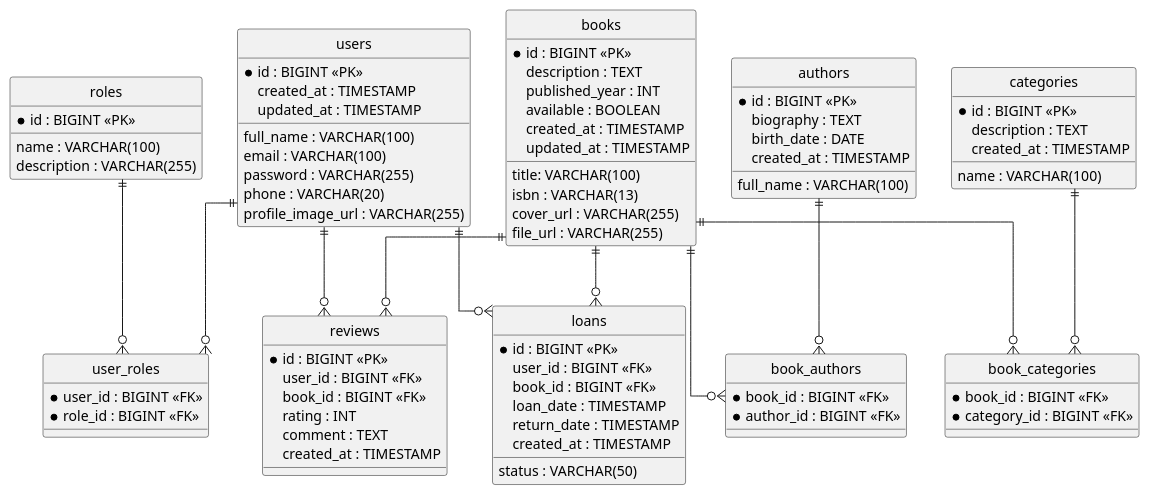
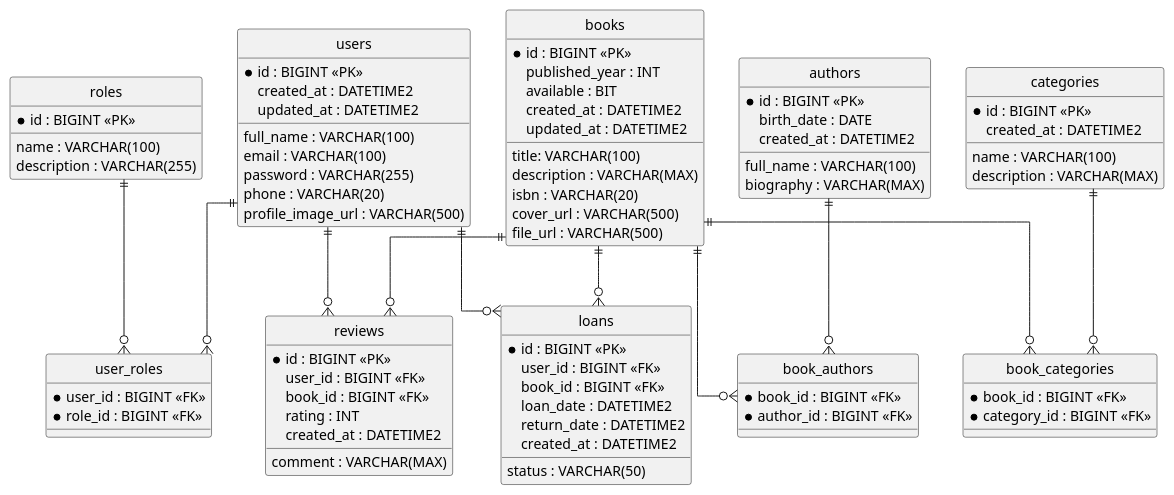
The diagram in MER.puml (tadeo77789/biblioteca), drawn with PlantUML before and after one commit.

Commit message:
fix:small changes on the mer

```diff
--- a/MER.puml
+++ b/MER.puml
@@ -1,110 +1,110 @@
 @startuml MER_Biblioteca
 
 hide circle
 skinparam linetype ortho
 
 entity users {
 
   * id : BIGINT <<PK>>
   full_name : VARCHAR(100)
   email : VARCHAR(100)
   password : VARCHAR(255)
   phone : VARCHAR(20)
-  profile_image_url : VARCHAR(255)
-  created_at : TIMESTAMP
-  updated_at : TIMESTAMP
+  profile_image_url : VARCHAR(500)
+  created_at : DATETIME2
+  updated_at : DATETIME2
 }
 
 entity roles {
 
   * id : BIGINT <<PK>>
   name : VARCHAR(100)
   description : VARCHAR(255)
 }
 
 entity user_roles {
 
   * user_id : BIGINT <<FK>>
   * role_id : BIGINT <<FK>>
 }
 
 entity books {
 
   * id : BIGINT <<PK>>
   title: VARCHAR(100)
-  description : TEXT
-  isbn : VARCHAR(13)
-  cover_url : VARCHAR(255)
-  file_url : VARCHAR(255)
+  description : VARCHAR(MAX)
+  isbn : VARCHAR(20)
+  cover_url : VARCHAR(500)
+  file_url : VARCHAR(500)
   published_year : INT
-  available : BOOLEAN
-  created_at : TIMESTAMP
-  updated_at : TIMESTAMP
+  available : BIT
+  created_at : DATETIME2
+  updated_at : DATETIME2
 }
 
 entity authors {
 
   * id : BIGINT <<PK>>
   full_name : VARCHAR(100)
-  biography : TEXT
+  biography : VARCHAR(MAX)
   birth_date : DATE
-  created_at : TIMESTAMP
+  created_at : DATETIME2
 }
 
 entity categories {
 
   * id : BIGINT <<PK>>
   name : VARCHAR(100)
-  description : TEXT
-  created_at : TIMESTAMP
+  description : VARCHAR(MAX)
+  created_at : DATETIME2
 }
 
 entity book_authors {
 
   * book_id : BIGINT <<FK>>
   * author_id : BIGINT <<FK>>
 }
 
 entity book_categories {
 
   * book_id : BIGINT <<FK>>
   * category_id : BIGINT <<FK>>
 }
 
 entity loans {
 
   * id : BIGINT <<PK>>
   user_id : BIGINT <<FK>>
   book_id : BIGINT <<FK>>
-  loan_date : TIMESTAMP
-  return_date : TIMESTAMP
+  loan_date : DATETIME2
+  return_date : DATETIME2
   status : VARCHAR(50)
-  created_at : TIMESTAMP
+  created_at : DATETIME2
 }
 
 entity reviews {
 
   * id : BIGINT <<PK>>
   user_id : BIGINT <<FK>>
   book_id : BIGINT <<FK>>
   rating : INT
-  comment : TEXT
-  created_at : TIMESTAMP
+  comment : VARCHAR(MAX)
+  created_at : DATETIME2
 }
 
 users ||--o{ loans
 books ||--o{ loans
 
 users ||--o{ reviews
 books ||--o{ reviews
 
 users ||--o{ user_roles
 roles ||--o{ user_roles
 
 books ||--o{ book_authors
 authors ||--o{ book_authors
 
 books ||--o{ book_categories
 categories ||--o{ book_categories
 
 @enduml
```
